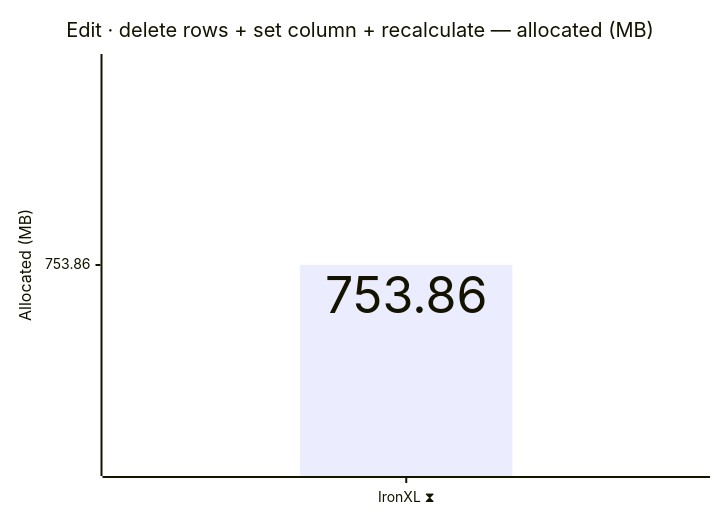
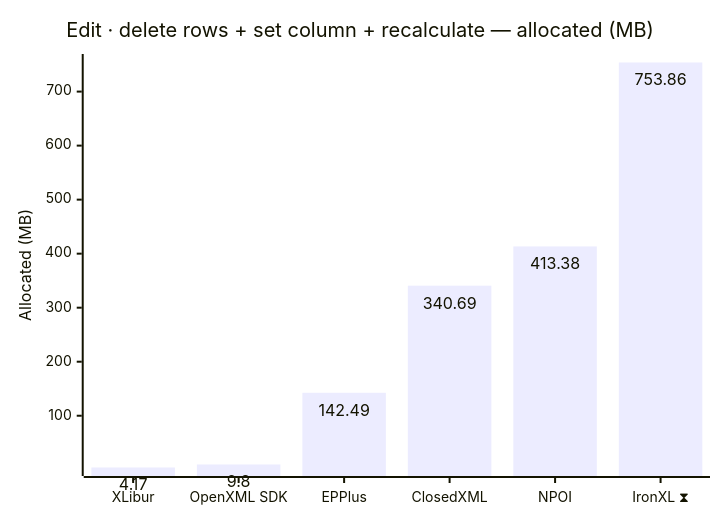
The tenth of 12 diagrams in docs/results.md (jafin/XLBench), drawn with Mermaid before and after one commit. The commit also changed other lines of this file and 1 other file, not shown here.

````diff
--- a/docs/results.md
+++ b/docs/results.md
@@ -156,12 +156,12 @@
 ```mermaid
 ---
 config:
   xyChart:
     showDataLabel: true
 ---
 xychart-beta
     title "Edit · delete rows + set column + recalculate — allocated (MB)"
-    x-axis ["IronXL ⧗"]
+    x-axis ["XLibur", "OpenXML SDK", "EPPlus", "ClosedXML", "NPOI", "IronXL ⧗"]
     y-axis "Allocated (MB)"
-    bar [753.86]
+    bar [4.17, 9.8, 142.49, 340.69, 413.38, 753.86]
 ```
````
